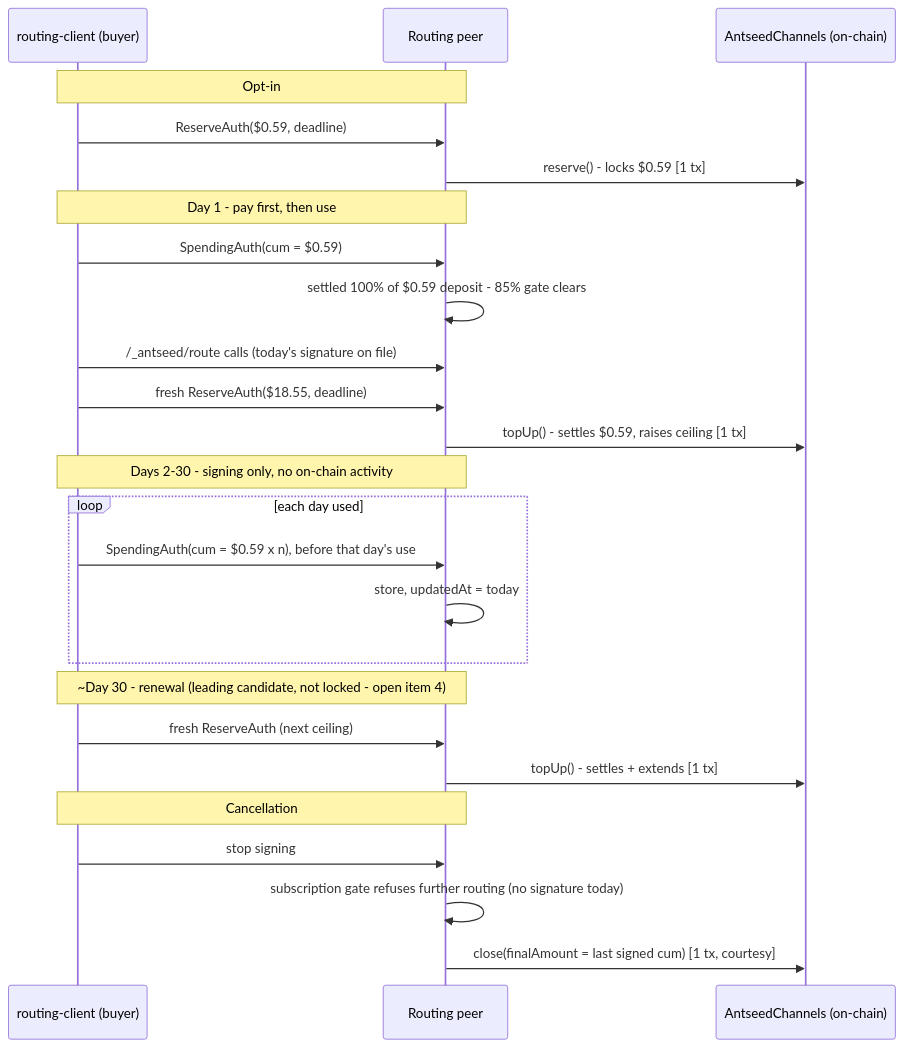
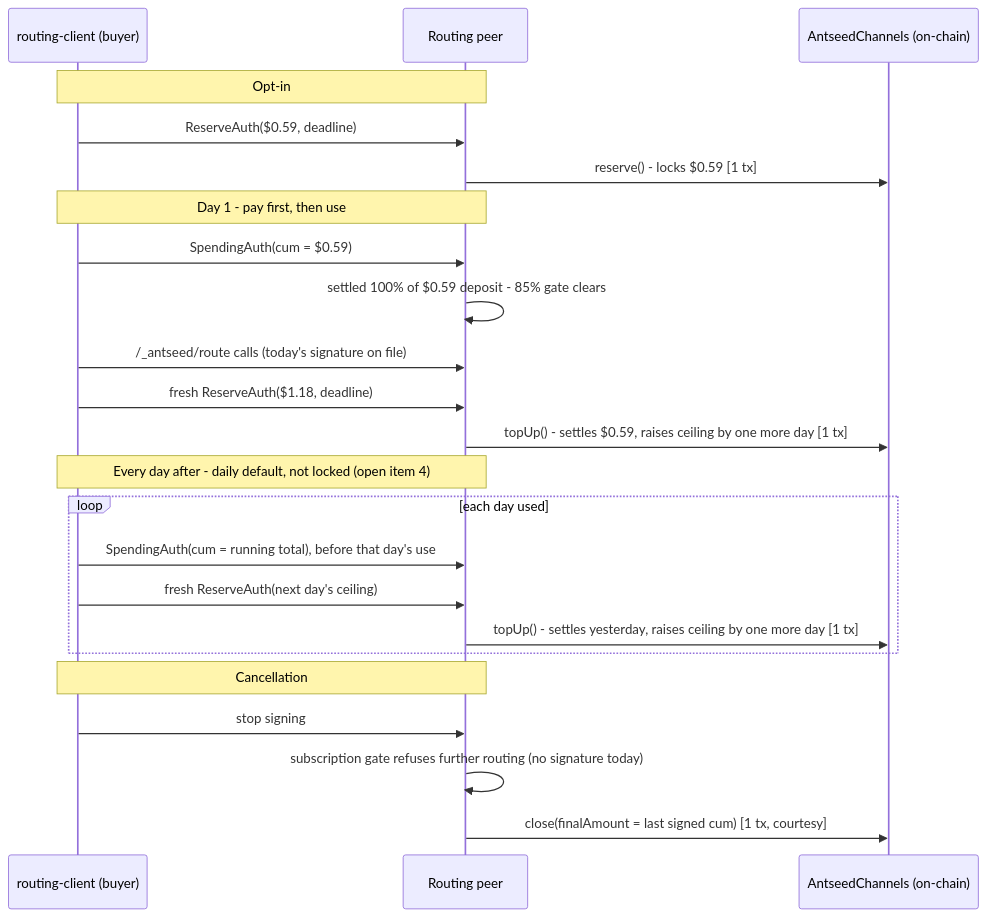
Before and after one commit to levantolabs/antseed-levanto-router: the second of 2 diagrams in docs/model-routing-software-architecture.md, drawn with Mermaid. The commit also changed other lines of this file and 4 other files, not shown here.

First line of the commit message:
Default to daily reserve/settle cadence; set up model-routing agent workflow

````diff
--- a/docs/model-routing-software-architecture.md
+++ b/docs/model-routing-software-architecture.md
@@ -417,32 +417,29 @@
 ```mermaid
 sequenceDiagram
     participant Client as routing-client (buyer)
     participant RP as Routing peer
     participant Chain as AntseedChannels (on-chain)
 
     Note over Client,RP: Opt-in
     Client->>RP: ReserveAuth($0.59, deadline)
     RP->>Chain: reserve() - locks $0.59 [1 tx]
 
     Note over Client,RP: Day 1 - pay first, then use
     Client->>RP: SpendingAuth(cum = $0.59)
     RP->>RP: settled 100% of $0.59 deposit - 85% gate clears
     Client->>RP: /_antseed/route calls (today's signature on file)
-    Client->>RP: fresh ReserveAuth($18.55, deadline)
-    RP->>Chain: topUp() - settles $0.59, raises ceiling [1 tx]
+    Client->>RP: fresh ReserveAuth($1.18, deadline)
+    RP->>Chain: topUp() - settles $0.59, raises ceiling by one more day [1 tx]
 
-    Note over Client,RP: Days 2-30 - signing only, no on-chain activity
+    Note over Client,RP: Every day after - daily default, not locked (open item 4)
     loop each day used
-        Client->>RP: SpendingAuth(cum = $0.59 x n), before that day's use
-        RP->>RP: store, updatedAt = today
+        Client->>RP: SpendingAuth(cum = running total), before that day's use
+        Client->>RP: fresh ReserveAuth(next day's ceiling)
+        RP->>Chain: topUp() - settles yesterday, raises ceiling by one more day [1 tx]
     end
-
-    Note over Client,RP: ~Day 30 - renewal (leading candidate, not locked - open item 4)
-    Client->>RP: fresh ReserveAuth (next ceiling)
-    RP->>Chain: topUp() - settles + extends [1 tx]
 
     Note over Client,RP: Cancellation
     Client->>RP: stop signing
     RP->>RP: subscription gate refuses further routing (no signature today)
     RP->>Chain: close(finalAmount = last signed cum) [1 tx, courtesy]
 ```
````
